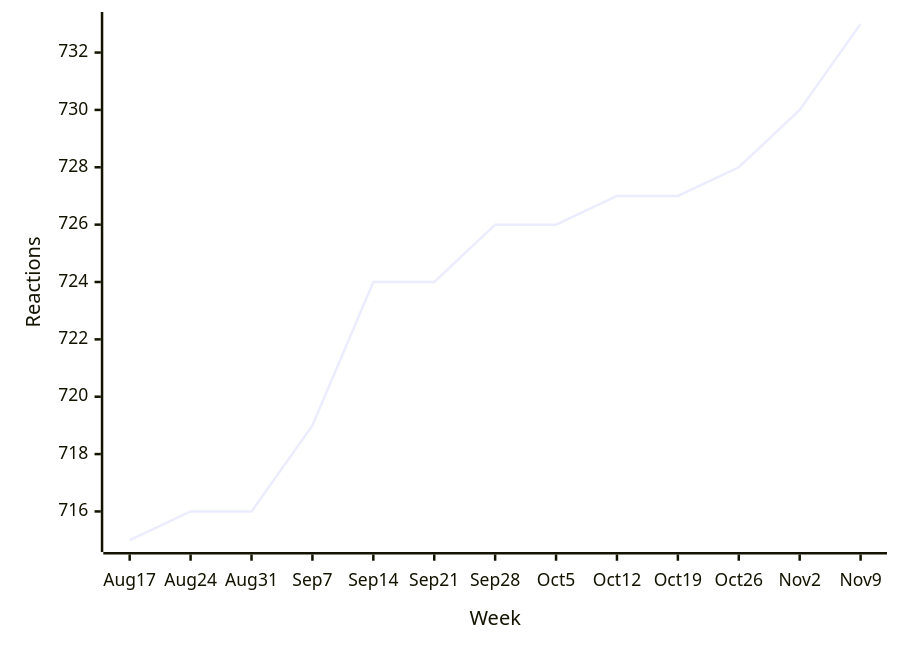
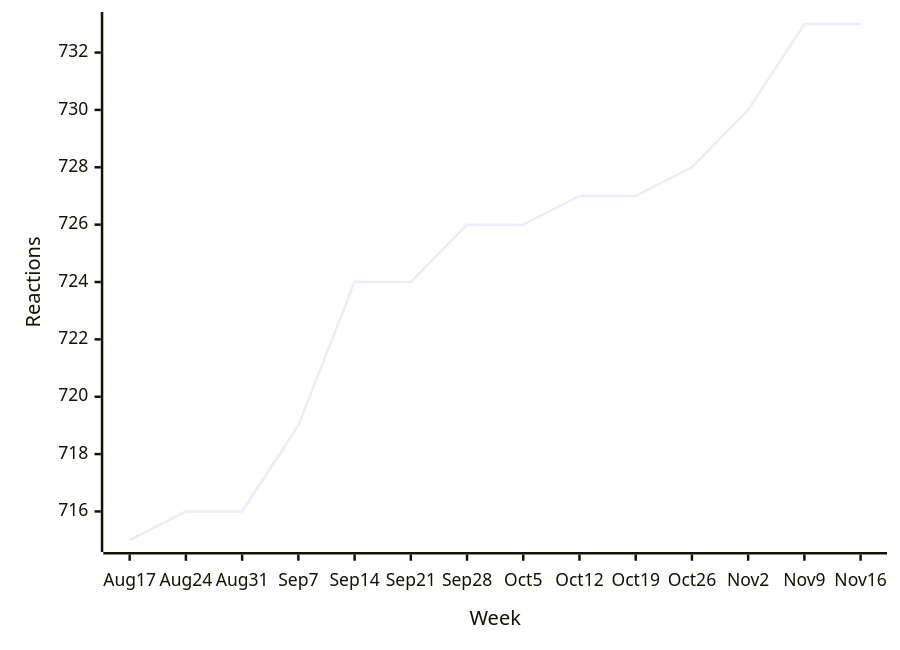
Before and after one commit to loic-sharma/github-insights: the fifth of 38 diagrams in README.md, drawn with Mermaid. The commit also changed other lines of this file and 3 other files, not shown here.

````diff
--- a/README.md
+++ b/README.md
@@ -392,6 +392,6 @@
   ```mermaid
   xychart-beta
-    x-axis "Week" [Aug 17, Aug 24, Aug 31, Sep 7, Sep 14, Sep 21, Sep 28, Oct 5, Oct 12, Oct 19, Oct 26, Nov 2, Nov 9]
+    x-axis "Week" [Aug 17, Aug 24, Aug 31, Sep 7, Sep 14, Sep 21, Sep 28, Oct 5, Oct 12, Oct 19, Oct 26, Nov 2, Nov 9, Nov 16]
     y-axis "Reactions"
-    line [715, 716, 716, 719, 724, 724, 726, 726, 727, 727, 728, 730, 733]
+    line [715, 716, 716, 719, 724, 724, 726, 726, 727, 727, 728, 730, 733, 733]
   ```
````
